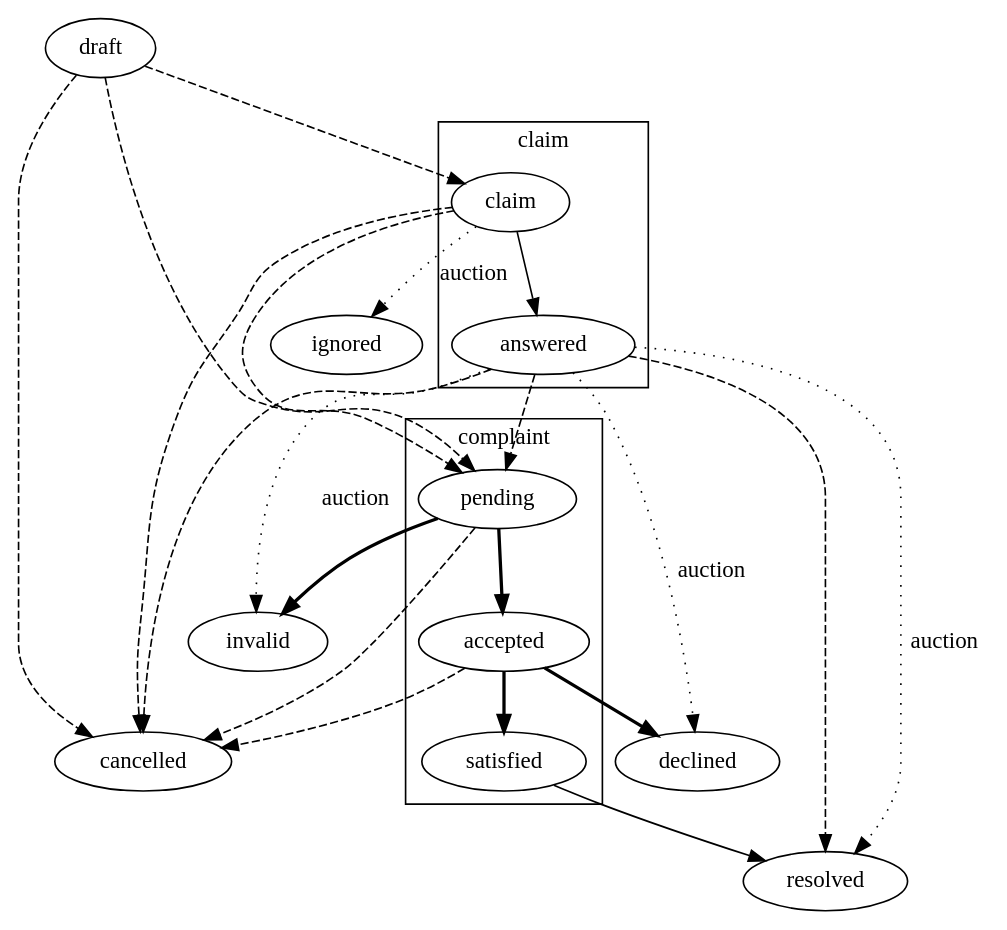
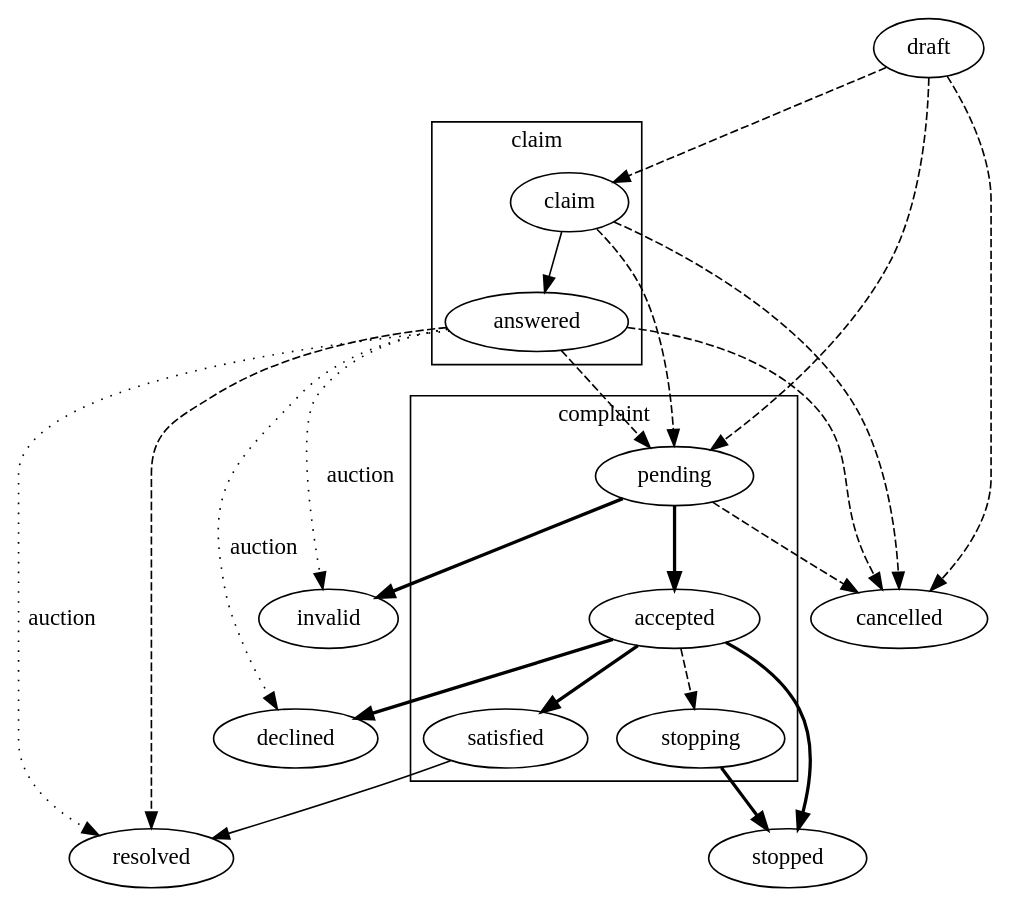
The first of 2 diagrams in docs/source/complaints.rst (ProzorroUKR/openprocurement.api), drawn with Graphviz before and after one commit. The commit also changed other lines of this file and 41 other files, not shown here.

Commit message:
stopping/stopped

```diff
--- a/docs/source/complaints.rst
+++ b/docs/source/complaints.rst
@@ -18,25 +18,26 @@
 .. graphviz::
 
     digraph G {
         subgraph cluster_claim {
             label = "claim";
             claim; answered;
         }
         subgraph cluster_complaint {
             label = "complaint";
-            pending; satisfied; accepted;
+            pending; satisfied; accepted; stopping;
         }
         claim -> answered;
         satisfied -> resolved;
         edge[style=dashed];
         answered -> {pending,resolved};
         draft -> {claim,pending};
         claim -> pending;
-        {accepted,draft,claim,answered,pending} -> cancelled; 
+        {draft,claim,answered,pending} -> cancelled;
+        accepted -> stopping;
         edge[style=bold];
         pending -> {accepted,invalid};
-        accepted -> {declined,satisfied};
+        accepted -> {declined,satisfied,stopped};
+        stopping -> stopped;
         edge[label="auction" style=dotted];
-        claim -> ignored;
         answered -> {declined,resolved,invalid};
     }
```
